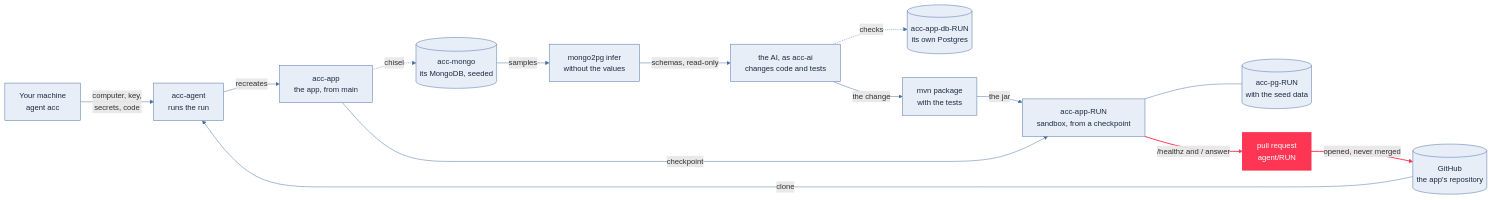
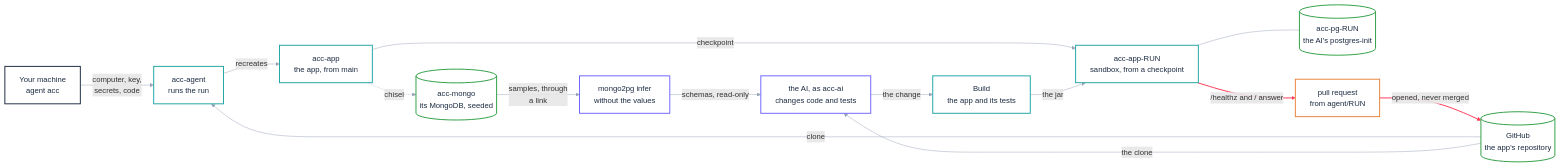
Before and after one commit to bertrandcedric/nevia-agent: diagram 16 of 17 in docs/presentation.md, drawn with Mermaid. The commit also changed other lines of this file and 7 other files, not shown here.

````diff
--- a/docs/presentation.md
+++ b/docs/presentation.md
@@ -755,46 +1057,51 @@
 ```mermaid
 flowchart LR
     you["Your machine<br/>agent acc"]
     agent["acc-agent<br/>runs the run"]
     gh[("GitHub<br/>the app's repository")]
     app["acc-app<br/>the app, from main"]
     mongo[("acc-mongo<br/>its MongoDB, seeded")]
     infer["mongo2pg infer<br/>without the values"]
     ai["the AI, as acc-ai<br/>changes code and tests"]
-    dev[("acc-app-db-RUN<br/>its own Postgres")]
-    build["mvn package<br/>with the tests"]
+    build["Build<br/>the app and its tests"]
     sb["acc-app-RUN<br/>sandbox, from a checkpoint"]
-    sbdb[("acc-pg-RUN<br/>with the seed data")]
-    pr["pull request<br/>agent/RUN"]
+    sbdb[("acc-pg-RUN<br/>the AI's postgres-init")]
+    pr["pull request<br/>from agent/RUN"]
     you -->|"computer, key,<br/>secrets, code"| agent
     gh -->|"clone"| agent
     agent -->|"recreates"| app
     app -.->|"chisel"| mongo
-    mongo -->|"samples"| infer
+    mongo -->|"samples, through<br/>a link"| infer
     infer -->|"schemas, read-only"| ai
-    ai -.->|"checks"| dev
+    gh -->|"the clone"| ai
     ai -->|"the change"| build
     app -->|"checkpoint"| sb
     build -->|"the jar"| sb
     sb --- sbdb
     sb -->|"/healthz and / answer"| pr
     pr -->|"opened, never merged"| gh
-    classDef now fill:#ff3554,stroke:#ff3554,color:#fff,stroke-width:2px
-    classDef done fill:#e8eef7,stroke:#4a6fa5,color:#1b2a41
-    classDef todo fill:#fff,stroke:#e6e6e6,color:#d0d0d0
-    class pr now
-    class you,agent,gh,app,mongo,infer,ai,dev,build,sb,sbdb done
-    linkStyle 0 stroke:#4a6fa5
-    linkStyle 1 stroke:#4a6fa5
-    linkStyle 2 stroke:#4a6fa5
-    linkStyle 3 stroke:#4a6fa5
-    linkStyle 4 stroke:#4a6fa5
-    linkStyle 5 stroke:#4a6fa5
-    linkStyle 6 stroke:#4a6fa5
-    linkStyle 7 stroke:#4a6fa5
-    linkStyle 8 stroke:#4a6fa5
-    linkStyle 9 stroke:#4a6fa5
-    linkStyle 10 stroke:#4a6fa5
+    classDef kyou fill:#fff,stroke:#1b2a41,color:#1b2a41,stroke-width:2px
+    classDef kcomputer fill:#fff,stroke:#1fa5a3,color:#1b2a41,stroke-width:2px
+    classDef kdb fill:#fff,stroke:#2e9e44,color:#1b2a41,stroke-width:2px
+    classDef kai fill:#fff,stroke:#6f64ff,color:#1b2a41,stroke-width:2px
+    classDef kresult fill:#fff,stroke:#e8833a,color:#1b2a41,stroke-width:2px
+    classDef todo fill:#fff,stroke:#fff,color:#fff
+    class you kyou
+    class agent,app,build,sb kcomputer
+    class gh,mongo,sbdb kdb
+    class infer,ai kai
+    class pr kresult
+    linkStyle 0 stroke:#9aa5b8
+    linkStyle 1 stroke:#9aa5b8
+    linkStyle 2 stroke:#9aa5b8
+    linkStyle 3 stroke:#9aa5b8
+    linkStyle 4 stroke:#9aa5b8
+    linkStyle 5 stroke:#9aa5b8
+    linkStyle 6 stroke:#9aa5b8
+    linkStyle 7 stroke:#9aa5b8
+    linkStyle 8 stroke:#9aa5b8
+    linkStyle 9 stroke:#9aa5b8
+    linkStyle 10 stroke:#9aa5b8
     linkStyle 11 stroke:#ff3554,stroke-width:2px
     linkStyle 12 stroke:#ff3554,stroke-width:2px
 ```
````
